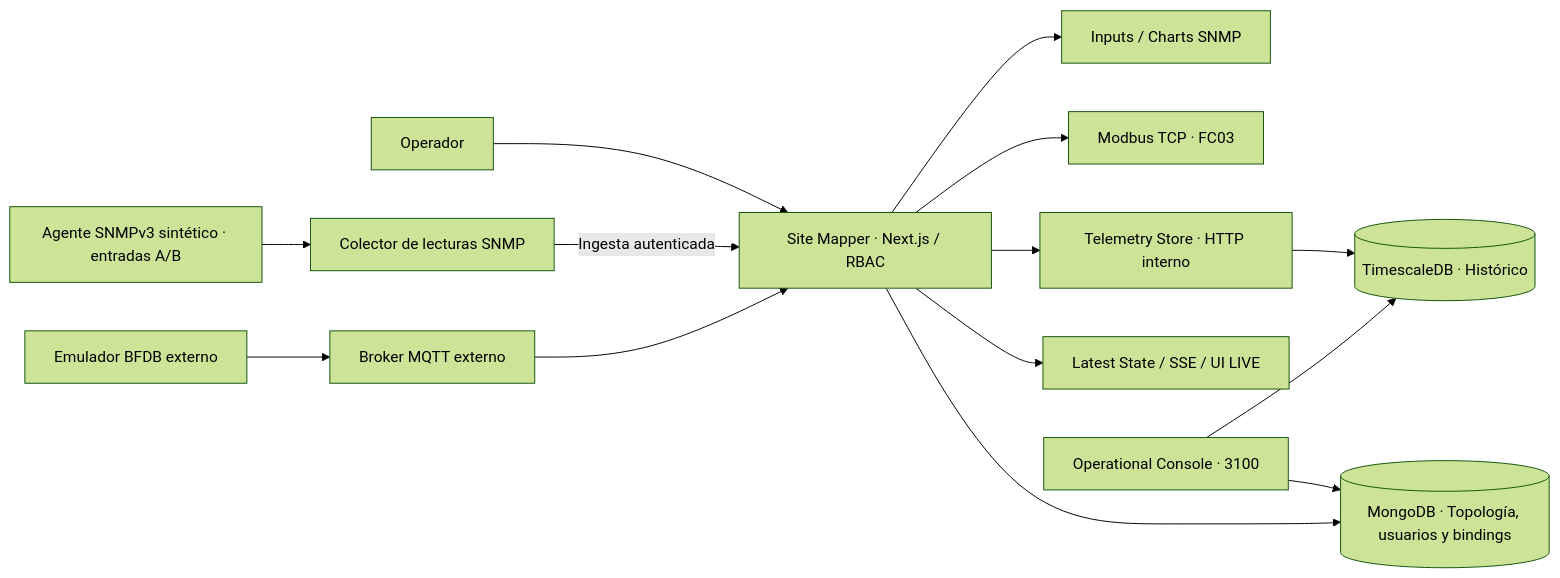
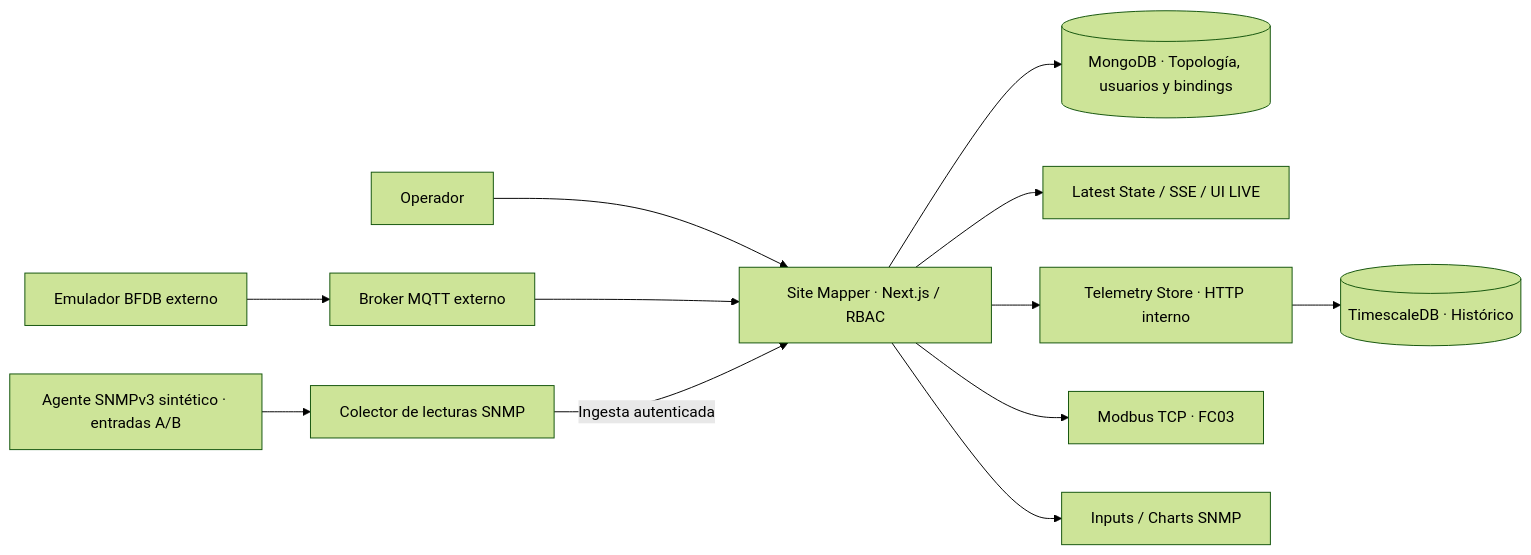
Before and after one commit to em3rc0dTh/AppM-Site-Mapper: the first of 3 diagrams in README.md, drawn with Mermaid (forest theme). The commit also changed other lines of this file and 10 other files, not shown here.

Commit message:
security(compose): retire independent Operational Console from deployed stack

````diff
--- a/README.md
+++ b/README.md
@@ -27,16 +27,14 @@
 ```mermaid
 flowchart LR
   User[Operador] --> App[Site Mapper · Next.js / RBAC]
   App --> Mongo[(MongoDB · Topología, usuarios y bindings)]
   Source[Emulador BFDB externo] --> Broker[Broker MQTT externo]
   Broker --> App
   App --> Live[Latest State / SSE / UI LIVE]
   App --> Store[Telemetry Store · HTTP interno]
   Store --> TS[(TimescaleDB · Histórico)]
   App --> Sidecar[Modbus TCP · FC03]
   SnmpAgent[Agente SNMPv3 sintético · entradas A/B] --> SnmpCollector[Colector de lecturas SNMP]
   SnmpCollector -->|Ingesta autenticada| App
   App --> InputView[Inputs / Charts SNMP]
-  Console[Operational Console · 3100] --> Mongo
-  Console --> TS
 ```
````
